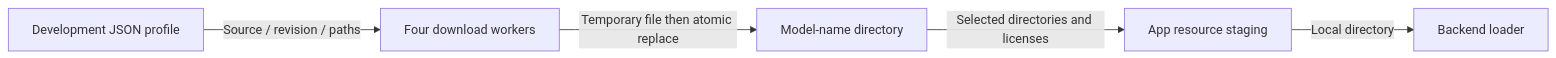
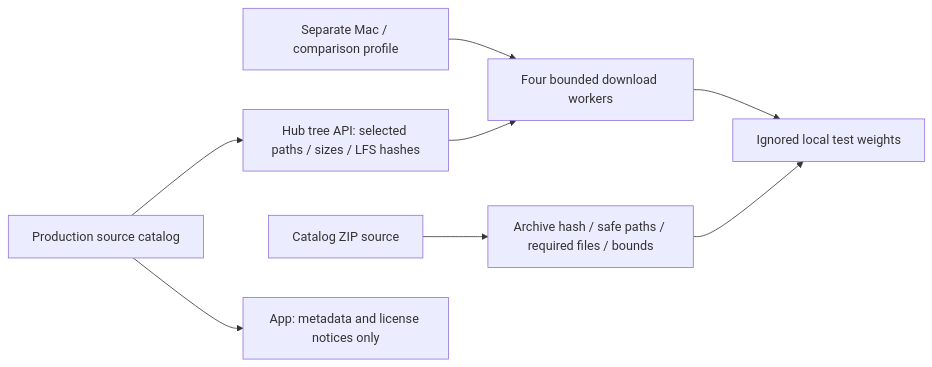
The diagram in MobileHarness/Resources/Models/README.md (devilyouwei/MobileHarness), drawn with Mermaid before and after one commit. The commit also changed other lines of this file and 138 other files, not shown here.

````diff
--- a/MobileHarness/Resources/Models/README.md
+++ b/MobileHarness/Resources/Models/README.md
@@ -25,7 +25,10 @@
 ```mermaid
 flowchart LR
-    Profile[Development JSON profile] -->|Source / revision / paths| Download[Four download workers]
-    Download -->|Temporary file then atomic replace| Local[Model-name directory]
-    Local -->|Selected directories and licenses| Stage[App resource staging]
-    Stage -->|Local directory| Adapter[Backend loader]
+    Catalog[Production source catalog] --> Resolve[Hub tree API: selected paths / sizes / LFS hashes]
+    Tests[Separate Mac / comparison profile] --> Download[Four bounded download workers]
+    Resolve --> Download
+    Download --> Local[Ignored local test weights]
+    ZIP[Catalog ZIP source] --> Verify[Archive hash / safe paths / required files / bounds]
+    Verify --> Local
+    Catalog --> Bundle[App: metadata and license notices only]
 ```
````
